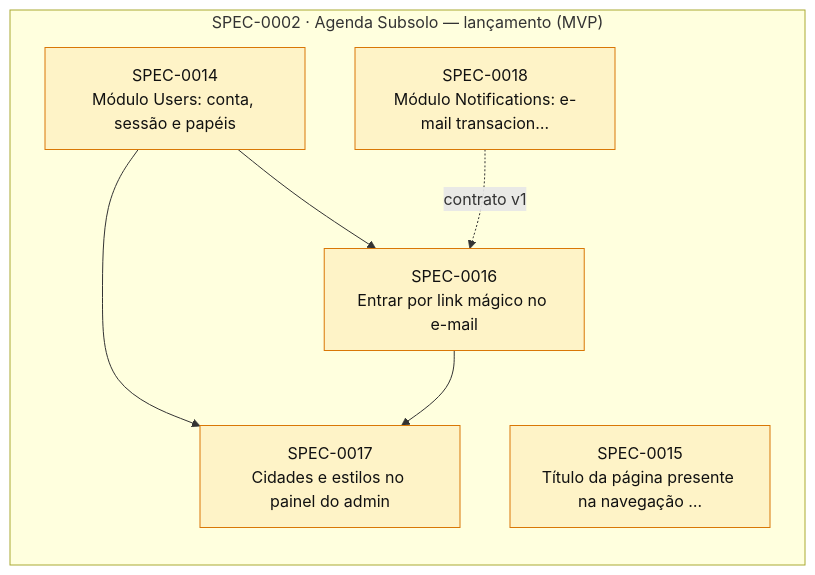
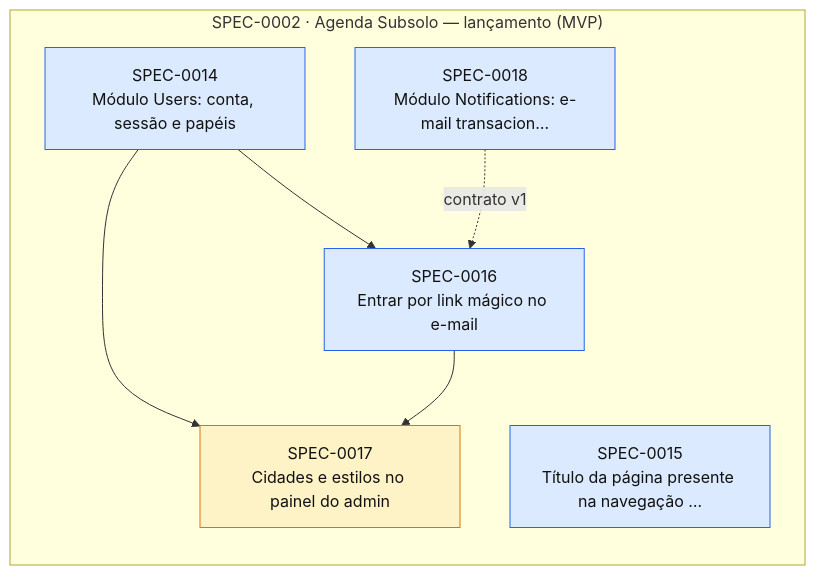
The diagram in docs/specs/INDEX.md (thomasravache/subsolo), drawn with Mermaid before and after one commit. The commit also changed other lines of this file and 6 other files, not shown here.

````diff
--- a/docs/specs/INDEX.md
+++ b/docs/specs/INDEX.md
@@ -67,19 +67,19 @@
 ```mermaid
 flowchart LR
   subgraph E0002["SPEC-0002 · Agenda Subsolo — lançamento (MVP)"]
-    S0014["SPEC-0014<br/>Módulo Users: conta, sessão e papéis"]:::proposed
-    S0015["SPEC-0015<br/>Título da página presente na navegação …"]:::proposed
-    S0016["SPEC-0016<br/>Entrar por link mágico no e-mail"]:::proposed
+    S0014["SPEC-0014<br/>Módulo Users: conta, sessão e papéis"]:::approved
+    S0015["SPEC-0015<br/>Título da página presente na navegação …"]:::approved
+    S0016["SPEC-0016<br/>Entrar por link mágico no e-mail"]:::approved
     S0017["SPEC-0017<br/>Cidades e estilos no painel do admin"]:::proposed
-    S0018["SPEC-0018<br/>Módulo Notifications: e-mail transacion…"]:::proposed
+    S0018["SPEC-0018<br/>Módulo Notifications: e-mail transacion…"]:::approved
   end
   S0014 --> S0016
   S0018 -. contrato v1 .-> S0016
   S0014 --> S0017
   S0016 --> S0017
   classDef proposed fill:#fef3c7,stroke:#d97706,color:#111
   classDef approved fill:#dbeafe,stroke:#2563eb,color:#111
   classDef inprogress fill:#ede9fe,stroke:#7c3aed,color:#111
   classDef implemented fill:#dcfce7,stroke:#16a34a,color:#111
   classDef deprecated fill:#f3f4f6,stroke:#9ca3af,color:#6b7280
 ```
````
